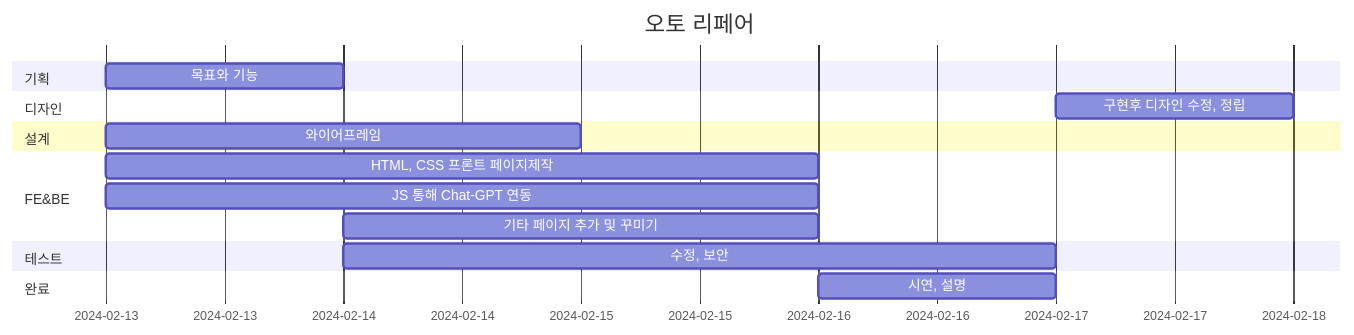
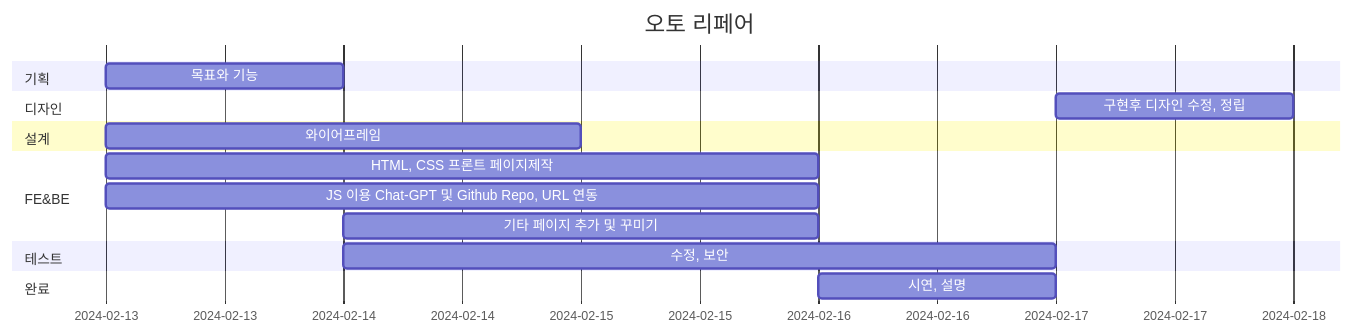
One commit to SungjaeS/auto_repair changed the second of 7 diagrams in README.md. Above: the diagram before and after it, drawn with Mermaid.

````diff
--- a/README.md
+++ b/README.md
@@ -293,19 +293,19 @@
 ```mermaid
 gantt
     title 오토 리페어
     dateFormat  YYYY-MM-DD
     section 기획
     목표와 기능       :         2024-02-13, 1d
     section 디자인
     구현후 디자인 수정, 정립       :         2024-02-17, 1d
     section 설계
     와이어프레임           :         2024-02-13, 2d
     section FE&BE
     HTML, CSS 프론트 페이지제작      :         2024-02-13, 3d
-    JS 통해 Chat-GPT 연동             :         2024-02-13, 3d
+    JS 이용 Chat-GPT 및 Github Repo, URL 연동           :         2024-02-13, 3d
     기타 페이지 추가 및 꾸미기 :         2024-02-14, 2d
     section 테스트
     수정, 보안                     :         2024-02-14, 3d
     section 완료
     시연, 설명               :         2024-02-16, 1d
 ```
````
